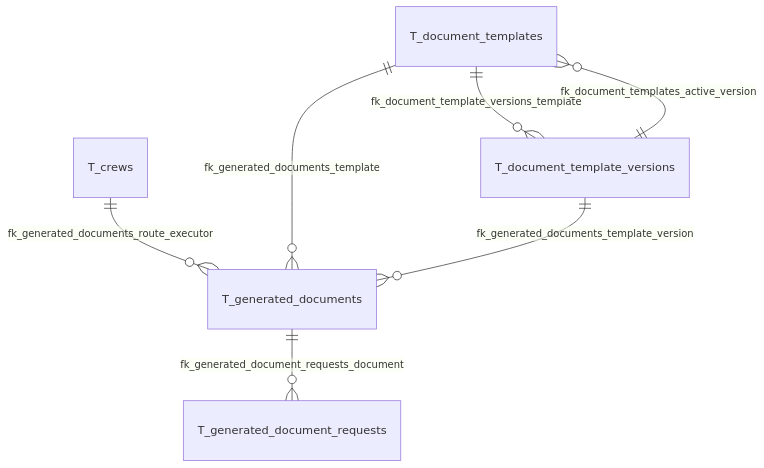
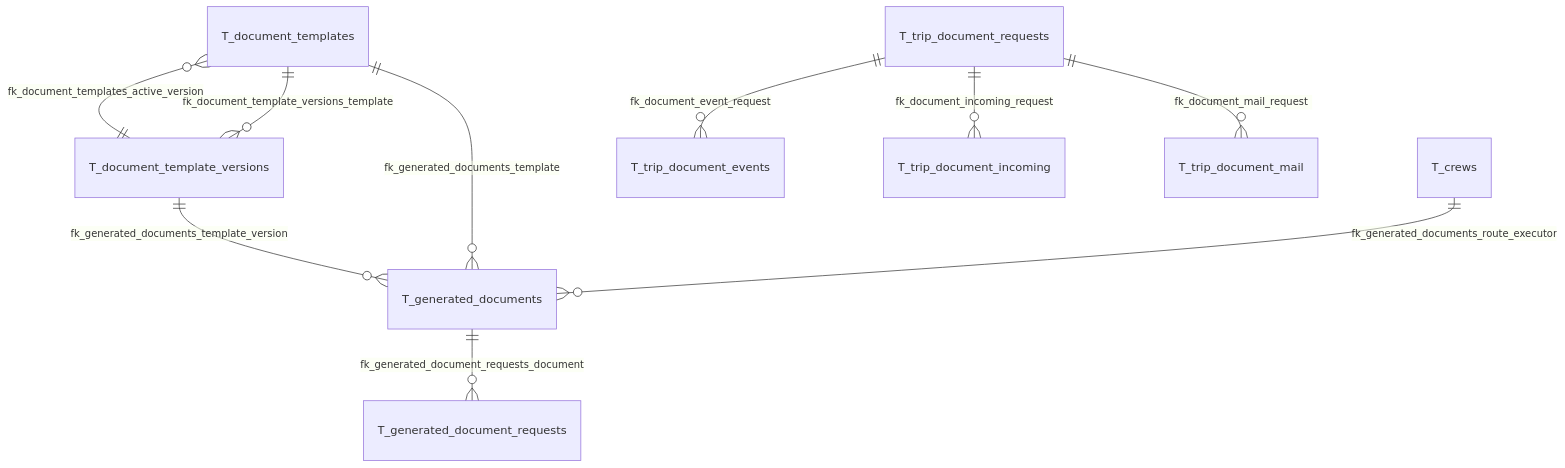
One commit to caymanlogistic-crypto/erp-planex-ci changed the fourth of 9 diagrams in docs/database/TENANT_ERD.md. Above: the diagram before and after it, drawn with Mermaid. The commit also changed other lines of this file and 60 other files, not shown here.

Commit message:
Implement waste trip document request and collection workflow

````diff
--- a/docs/database/TENANT_ERD.md
+++ b/docs/database/TENANT_ERD.md
@@ -75,9 +75,12 @@
 ```mermaid
 erDiagram
   T_document_templates ||--o{ T_document_template_versions : "fk_document_template_versions_template"
   T_document_template_versions ||--o{ T_document_templates : "fk_document_templates_active_version"
   T_generated_documents ||--o{ T_generated_document_requests : "fk_generated_document_requests_document"
   T_crews ||--o{ T_generated_documents : "fk_generated_documents_route_executor"
   T_document_templates ||--o{ T_generated_documents : "fk_generated_documents_template"
   T_document_template_versions ||--o{ T_generated_documents : "fk_generated_documents_template_version"
+  T_trip_document_requests ||--o{ T_trip_document_events : "fk_document_event_request"
+  T_trip_document_requests ||--o{ T_trip_document_incoming : "fk_document_incoming_request"
+  T_trip_document_requests ||--o{ T_trip_document_mail : "fk_document_mail_request"
 ```
````
